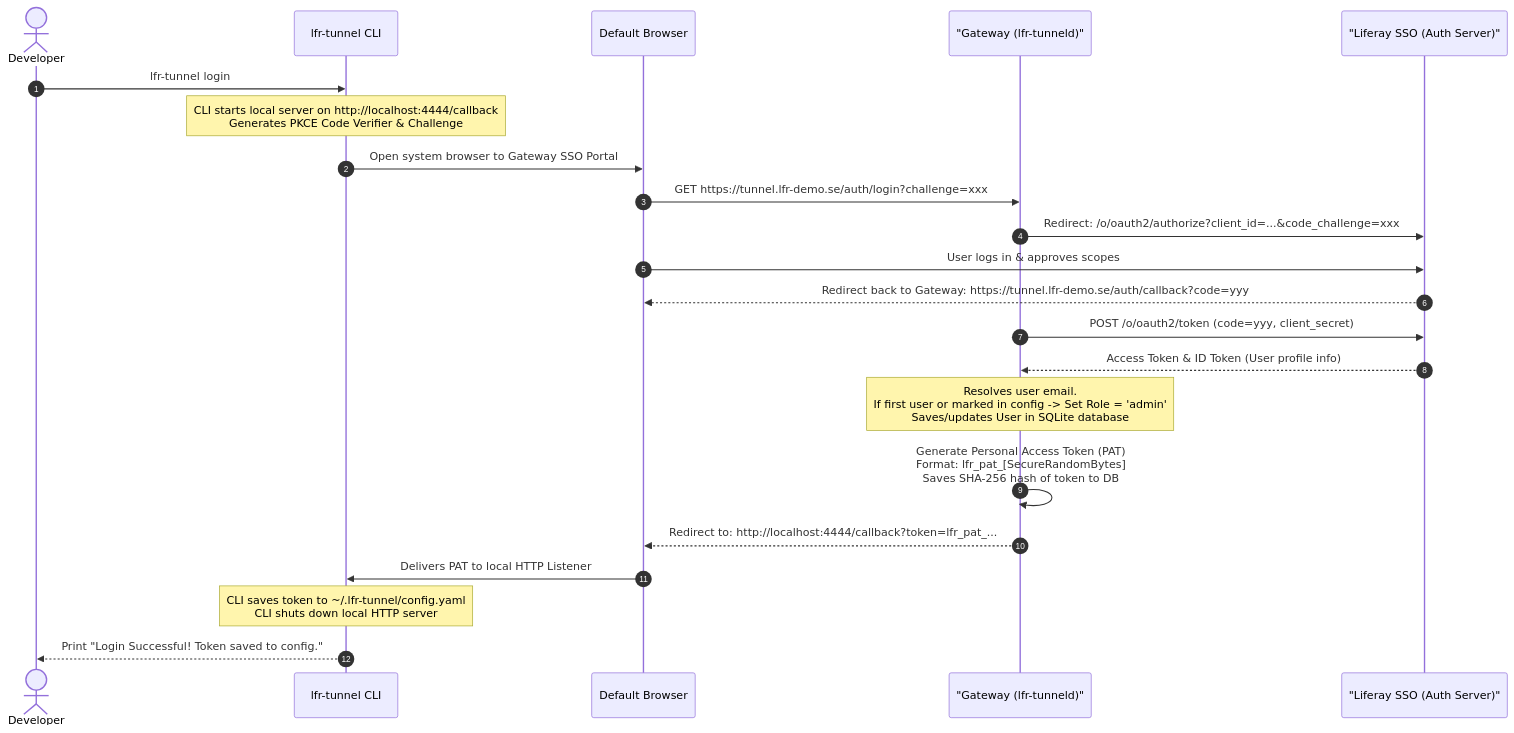
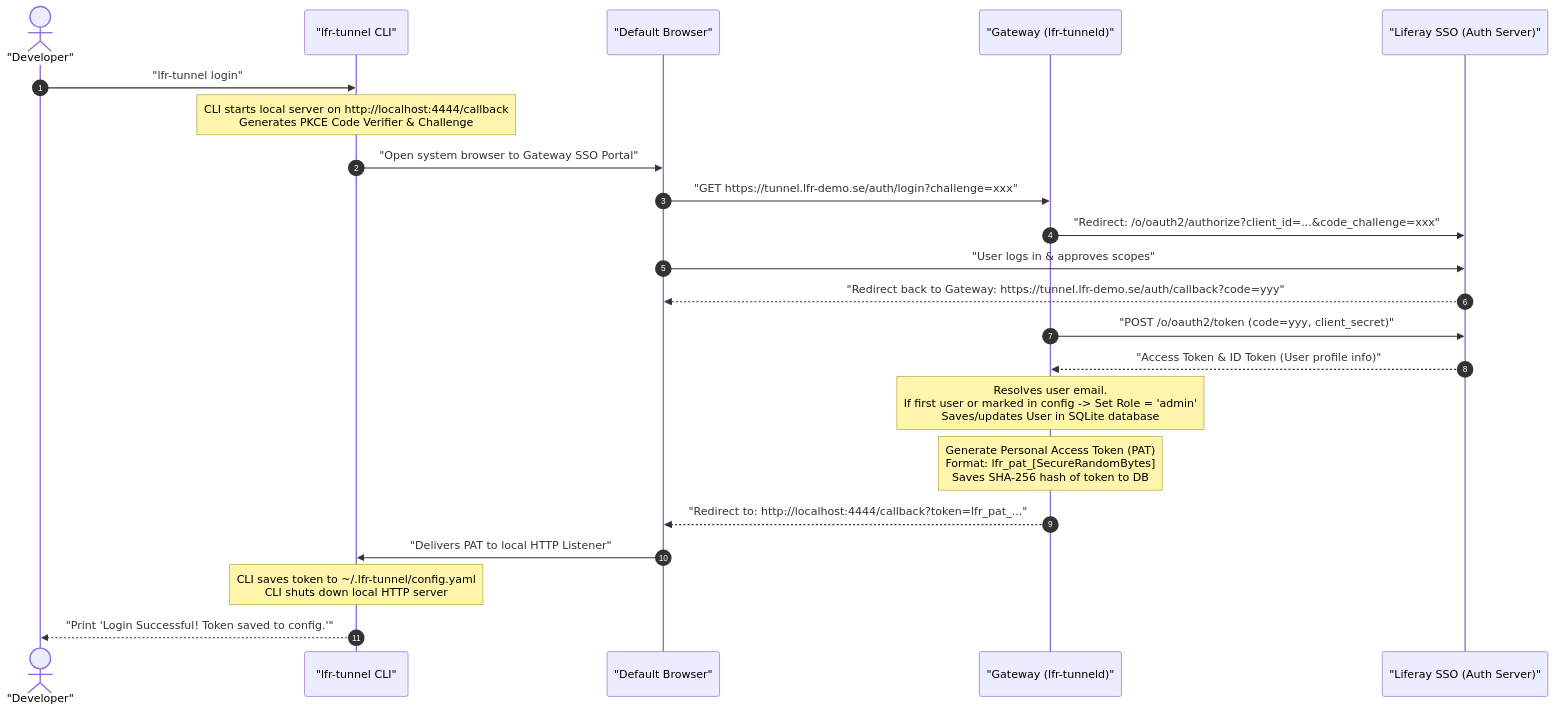
One commit to peterrichards-lr/lfr-tunnel changed the third of 3 diagrams in docs/auth_architecture.md. Above: the diagram before and after it, drawn with Mermaid. The commit also changed other lines of this file and 1 other file, not shown here.

Commit message:
docs: fully quote Mermaid labels and messages in auth_architecture.md

````diff
--- a/docs/auth_architecture.md
+++ b/docs/auth_architecture.md
@@ -130,28 +130,28 @@
 ```mermaid
 sequenceDiagram
     autonumber
-    actor Dev as Developer
-    participant CLI as lfr-tunnel CLI
-    participant Browser as Default Browser
+    actor Dev as "Developer"
+    participant CLI as "lfr-tunnel CLI"
+    participant Browser as "Default Browser"
     participant GW as "Gateway (lfr-tunneld)"
     participant SSO as "Liferay SSO (Auth Server)"
 
-    Dev->>CLI: lfr-tunnel login
+    Dev->>CLI: "lfr-tunnel login"
     Note over CLI: CLI starts local server on http://localhost:4444/callback<br/>Generates PKCE Code Verifier & Challenge
-    CLI->>Browser: Open system browser to Gateway SSO Portal
-    Browser->>GW: GET https://tunnel.lfr-demo.se/auth/login?challenge=xxx
-    GW->>SSO: Redirect: /o/oauth2/authorize?client_id=...&code_challenge=xxx
-    Browser->>SSO: User logs in & approves scopes
-    SSO-->>Browser: Redirect back to Gateway: https://tunnel.lfr-demo.se/auth/callback?code=yyy
-    GW->>SSO: POST /o/oauth2/token (code=yyy, client_secret)
-    SSO-->>GW: Access Token & ID Token (User profile info)
+    CLI->>Browser: "Open system browser to Gateway SSO Portal"
+    Browser->>GW: "GET https://tunnel.lfr-demo.se/auth/login?challenge=xxx"
+    GW->>SSO: "Redirect: /o/oauth2/authorize?client_id=...&code_challenge=xxx"
+    Browser->>SSO: "User logs in & approves scopes"
+    SSO-->>Browser: "Redirect back to Gateway: https://tunnel.lfr-demo.se/auth/callback?code=yyy"
+    GW->>SSO: "POST /o/oauth2/token (code=yyy, client_secret)"
+    SSO-->>GW: "Access Token & ID Token (User profile info)"
     
     Note over GW: Resolves user email.<br/>If first user or marked in config -> Set Role = 'admin'<br/>Saves/updates User in SQLite database
     
-    GW->>GW: Generate Personal Access Token (PAT)<br/>Format: lfr_pat_[SecureRandomBytes]<br/>Saves SHA-256 hash of token to DB
+    Note over GW: Generate Personal Access Token (PAT)<br/>Format: lfr_pat_[SecureRandomBytes]<br/>Saves SHA-256 hash of token to DB
     
-    GW-->>Browser: Redirect to: http://localhost:4444/callback?token=lfr_pat_...
-    Browser->>CLI: Delivers PAT to local HTTP Listener
+    GW-->>Browser: "Redirect to: http://localhost:4444/callback?token=lfr_pat_..."
+    Browser->>CLI: "Delivers PAT to local HTTP Listener"
     Note over CLI: CLI saves token to ~/.lfr-tunnel/config.yaml<br/>CLI shuts down local HTTP server
-    CLI-->>Dev: Print "Login Successful! Token saved to config."
+    CLI-->>Dev: "Print 'Login Successful! Token saved to config.'"
 ```
````
